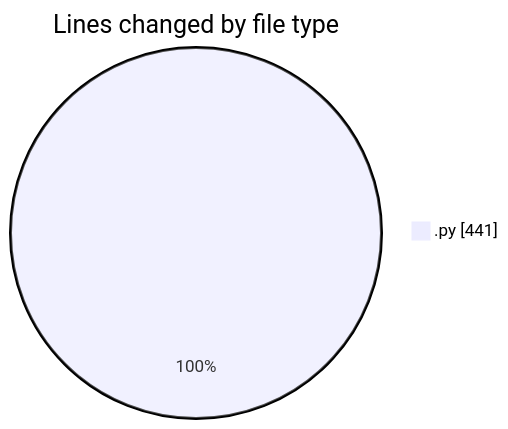
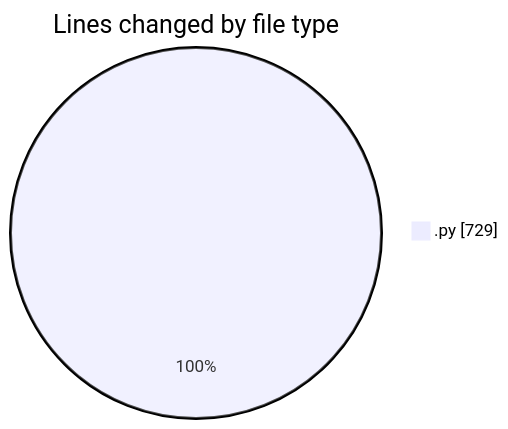
Before and after one commit to MatusMokan/code-tracking: the first of 2 diagrams in 2025-03-08/myws__workspace_/README.md, drawn with Mermaid. The commit also changed other lines of this file and 1 other file, not shown here.

````diff
--- a/2025-03-08/myws__workspace_/README.md
+++ b/2025-03-08/myws__workspace_/README.md
@@ -20,5 +20,5 @@
 ```mermaid
 pie showData
 title Lines changed by file type
-".py" : 441
+".py" : 729
 ```
````
